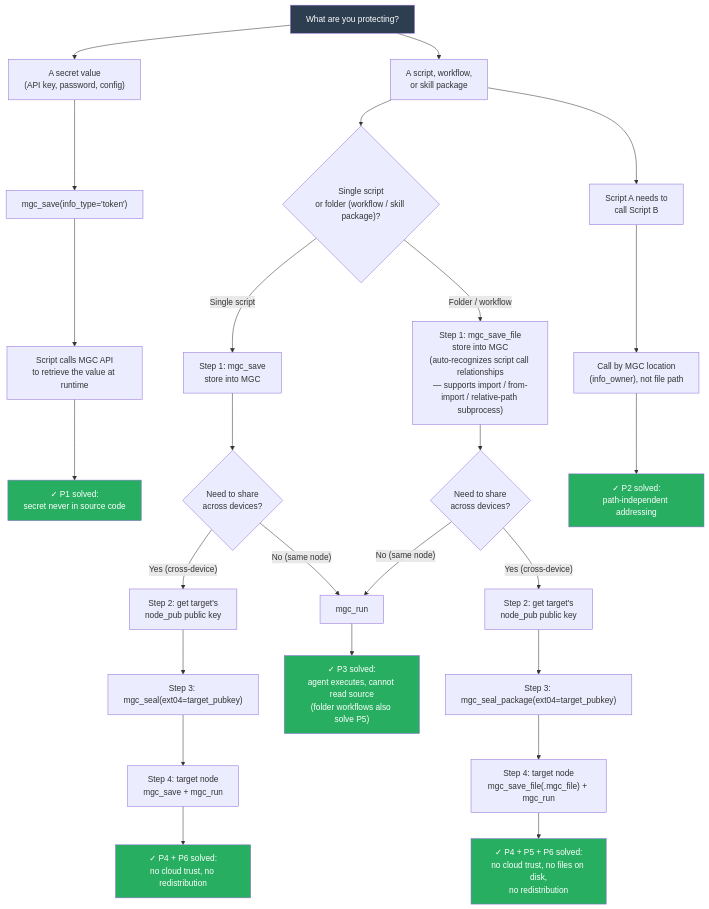
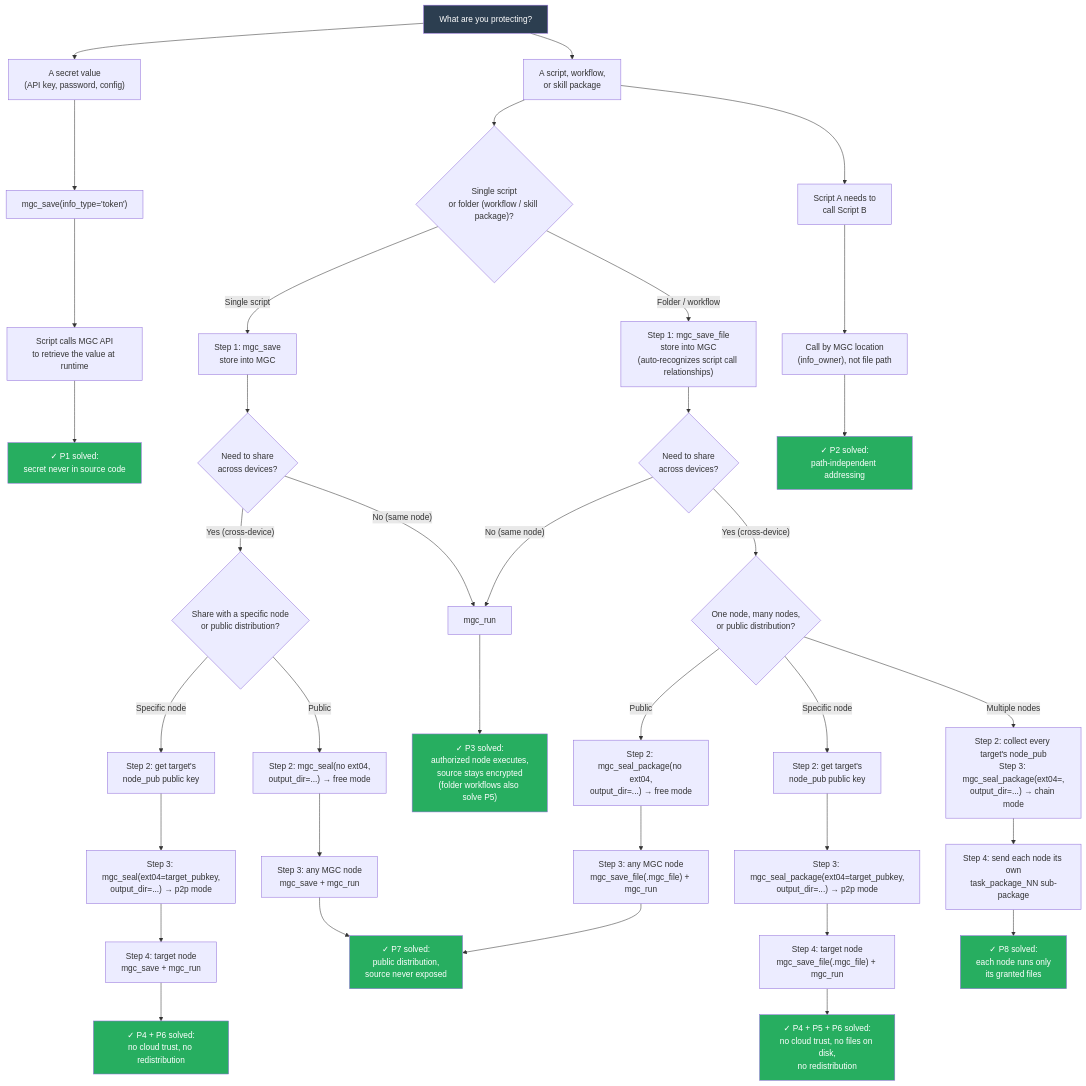
The diagram in MGC_META_SKILL/SKILL.md (zkeviny/MGC-Blackbox), drawn with Mermaid before and after one commit. The commit also changed other lines of this file and 61 other files, not shown here.

Commit message:
feat(toolkits): add MGC_CHAIN_MODE, update META_SKILL / data-analyst-suite and other skills to latest

````diff
--- a/MGC_META_SKILL/SKILL.md
+++ b/MGC_META_SKILL/SKILL.md
@@ -94,52 +111,68 @@
 ```mermaid
 flowchart TD
     START["What are you protecting?"]
 
     START --> SECRET["A secret value<br/>(API key, password, config)"]
     START --> CODE["A script, workflow,<br/>or skill package"]
 
     %% Secret branch
     SECRET --> SAVE_TOKEN["mgc_save(info_type='token')"]
     SAVE_TOKEN --> CALL_API["Script calls MGC API<br/>to retrieve the value at runtime"]
     CALL_API --> SOLVED_P1["✓ P1 solved:<br/>secret never in source code"]
 
     %% Code branch: first decide single script vs folder
     CODE --> Q_PACKAGE{"Single script<br/>or folder (workflow / skill package)?"}
 
     %% --- Single script branch ---
     Q_PACKAGE -- Single script --> SAVE_SCRIPT["Step 1: mgc_save<br/>store into MGC"]
     SAVE_SCRIPT --> Q_CROSS1{"Need to share<br/>across devices?"}
 
     Q_CROSS1 -- No (same node) --> RUN_LOCAL["mgc_run"]
 
-    Q_CROSS1 -- Yes (cross-device) --> HANDSHAKE1["Step 2: get target's<br/>node_pub public key"]
-    HANDSHAKE1 --> SEAL1["Step 3: mgc_seal(ext04=target_pubkey)"]
+    Q_CROSS1 -- Yes (cross-device) --> Q_MODE1{"Share with a specific node<br/>or public distribution?"}
+    Q_MODE1 -- Specific node --> HANDSHAKE1["Step 2: get target's<br/>node_pub public key"]
+    HANDSHAKE1 --> SEAL1["Step 3: mgc_seal(ext04=target_pubkey,<br/>output_dir=...) → p2p mode"]
     SEAL1 --> TARGET1["Step 4: target node<br/>mgc_save + mgc_run"]
     TARGET1 --> SOLVED_P46_1["✓ P4 + P6 solved:<br/>no cloud trust, no redistribution"]
 
+    Q_MODE1 -- Public --> SEAL_FREE1["Step 2: mgc_seal(no ext04,<br/>output_dir=...) → free mode"]
+    SEAL_FREE1 --> TARGET_FREE1["Step 3: any MGC node<br/>mgc_save + mgc_run"]
+    TARGET_FREE1 --> SOLVED_P7["✓ P7 solved:<br/>public distribution,<br/>source never exposed"]
+
     %% --- Folder / workflow / skill package branch ---
-    Q_PACKAGE -- Folder / workflow --> SAVE_FILE["Step 1: mgc_save_file<br/>store into MGC<br/>(auto-recognizes script call relationships<br/>— supports import / from-import / relative-path subprocess)"]
+    Q_PACKAGE -- Folder / workflow --> SAVE_FILE["Step 1: mgc_save_file<br/>store into MGC<br/>(auto-recognizes script call relationships)"]
     SAVE_FILE --> Q_CROSS2{"Need to share<br/>across devices?"}
 
     Q_CROSS2 -- No (same node) --> RUN_LOCAL
 
-    RUN_LOCAL --> SOLVED_P3["✓ P3 solved:<br/>agent executes, cannot read source<br/>(folder workflows also solve P5)"]
+    RUN_LOCAL --> SOLVED_P3["✓ P3 solved:<br/>authorized node executes,<br/>source stays encrypted<br/>(folder workflows also solve P5)"]
 
-    Q_CROSS2 -- Yes (cross-device) --> HANDSHAKE2["Step 2: get target's<br/>node_pub public key"]
-    HANDSHAKE2 --> SEAL2["Step 3: mgc_seal_package(ext04=target_pubkey)"]
+    Q_CROSS2 -- Yes (cross-device) --> Q_MODE2{"One node, many nodes,<br/>or public distribution?"}
+    Q_MODE2 -- Specific node --> HANDSHAKE2["Step 2: get target's<br/>node_pub public key"]
+    HANDSHAKE2 --> SEAL2["Step 3: mgc_seal_package(ext04=target_pubkey,<br/>output_dir=...) → p2p mode"]
     SEAL2 --> TARGET2["Step 4: target node<br/>mgc_save_file(.mgc_file) + mgc_run"]
     TARGET2 --> SOLVED_P5["✓ P4 + P5 + P6 solved:<br/>no cloud trust, no files on disk,<br/>no redistribution"]
+
+    Q_MODE2 -- Multiple nodes --> SEAL_CHAIN["Step 2: collect every target's node_pub<br/>Step 3: mgc_seal_package(ext04=<target array>,<br/>output_dir=...) → chain mode"]
+    SEAL_CHAIN --> TARGET_CHAIN["Step 4: send each node its own<br/>task_package_NN sub-package"]
+    TARGET_CHAIN --> SOLVED_P8["✓ P8 solved:<br/>each node runs only<br/>its granted files"]
+
+    Q_MODE2 -- Public --> SEAL_FREE2["Step 2: mgc_seal_package(no ext04,<br/>output_dir=...) → free mode"]
+    SEAL_FREE2 --> TARGET_FREE2["Step 3: any MGC node<br/>mgc_save_file(.mgc_file) + mgc_run"]
+    TARGET_FREE2 --> SOLVED_P7
 
     %% Script-to-script call (off the main branch)
     CODE --> CALL_B["Script A needs to<br/>call Script B"]
     CALL_B --> MGC_LOC["Call by MGC location<br/>(info_owner), not file path"]
     MGC_LOC --> SOLVED_P2["✓ P2 solved:<br/>path-independent addressing"]
 
     %% Style
     style START fill:#2C3E50,color:#fff
     style SOLVED_P1 fill:#27AE60,color:#fff
     style SOLVED_P3 fill:#27AE60,color:#fff
     style SOLVED_P46_1 fill:#27AE60,color:#fff
     style SOLVED_P5 fill:#27AE60,color:#fff
     style SOLVED_P2 fill:#27AE60,color:#fff
+    style SOLVED_P7 fill:#27AE60,color:#fff
+    style SOLVED_P8 fill:#27AE60,color:#fff
 ```
````
